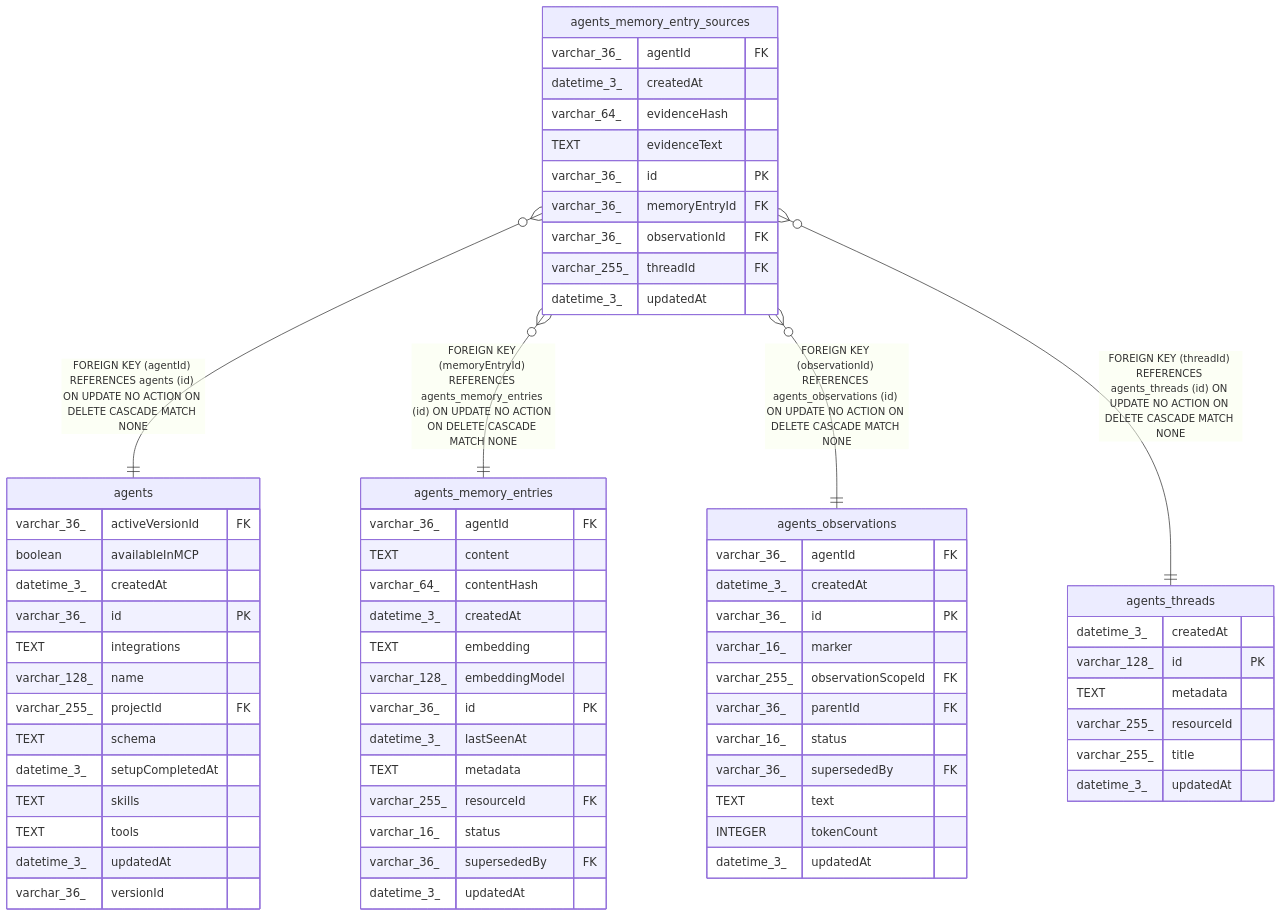
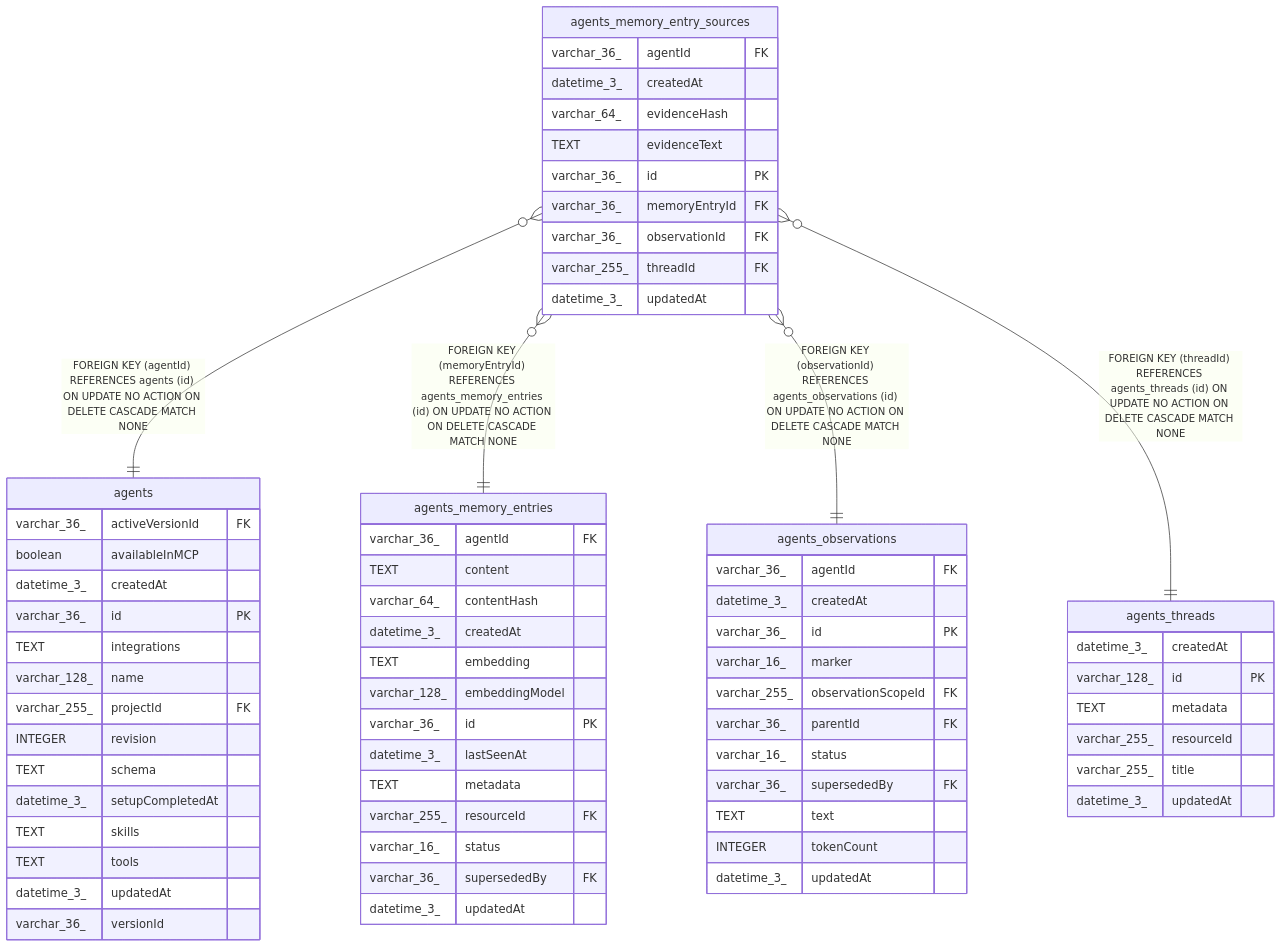
One commit to welcomelwd/every-skill changed the diagram in mcp/servers/n8n/docs/generated/sqlite-schema/agents_memory_entry_sources.md. Above: the diagram before and after it, drawn with Mermaid. The commit also changed 3196 other files, not shown here.

````diff
--- a/mcp/servers/n8n/docs/generated/sqlite-schema/agents_memory_entry_sources.md
+++ b/mcp/servers/n8n/docs/generated/sqlite-schema/agents_memory_entry_sources.md
@@ -51,71 +51,72 @@
 ```mermaid
 erDiagram
 
 "agents_memory_entry_sources" }o--|| "agents" : "FOREIGN KEY (agentId) REFERENCES agents (id) ON UPDATE NO ACTION ON DELETE CASCADE MATCH NONE"
 "agents_memory_entry_sources" }o--|| "agents_memory_entries" : "FOREIGN KEY (memoryEntryId) REFERENCES agents_memory_entries (id) ON UPDATE NO ACTION ON DELETE CASCADE MATCH NONE"
 "agents_memory_entry_sources" }o--|| "agents_observations" : "FOREIGN KEY (observationId) REFERENCES agents_observations (id) ON UPDATE NO ACTION ON DELETE CASCADE MATCH NONE"
 "agents_memory_entry_sources" }o--|| "agents_threads" : "FOREIGN KEY (threadId) REFERENCES agents_threads (id) ON UPDATE NO ACTION ON DELETE CASCADE MATCH NONE"
 
 "agents_memory_entry_sources" {
   varchar_36_ agentId FK
   datetime_3_ createdAt
   varchar_64_ evidenceHash
   TEXT evidenceText
   varchar_36_ id PK
   varchar_36_ memoryEntryId FK
   varchar_36_ observationId FK
   varchar_255_ threadId FK
   datetime_3_ updatedAt
 }
 "agents" {
   varchar_36_ activeVersionId FK
   boolean availableInMCP
   datetime_3_ createdAt
   varchar_36_ id PK
   TEXT integrations
   varchar_128_ name
   varchar_255_ projectId FK
+  INTEGER revision
   TEXT schema
   datetime_3_ setupCompletedAt
   TEXT skills
   TEXT tools
   datetime_3_ updatedAt
   varchar_36_ versionId
 }
 "agents_memory_entries" {
   varchar_36_ agentId FK
   TEXT content
   varchar_64_ contentHash
   datetime_3_ createdAt
   TEXT embedding
   varchar_128_ embeddingModel
   varchar_36_ id PK
   datetime_3_ lastSeenAt
   TEXT metadata
   varchar_255_ resourceId FK
   varchar_16_ status
   varchar_36_ supersededBy FK
   datetime_3_ updatedAt
 }
 "agents_observations" {
   varchar_36_ agentId FK
   datetime_3_ createdAt
   varchar_36_ id PK
   varchar_16_ marker
   varchar_255_ observationScopeId FK
   varchar_36_ parentId FK
   varchar_16_ status
   varchar_36_ supersededBy FK
   TEXT text
   INTEGER tokenCount
   datetime_3_ updatedAt
 }
 "agents_threads" {
   datetime_3_ createdAt
   varchar_128_ id PK
   TEXT metadata
   varchar_255_ resourceId
   varchar_255_ title
   datetime_3_ updatedAt
 }
 ```
````
